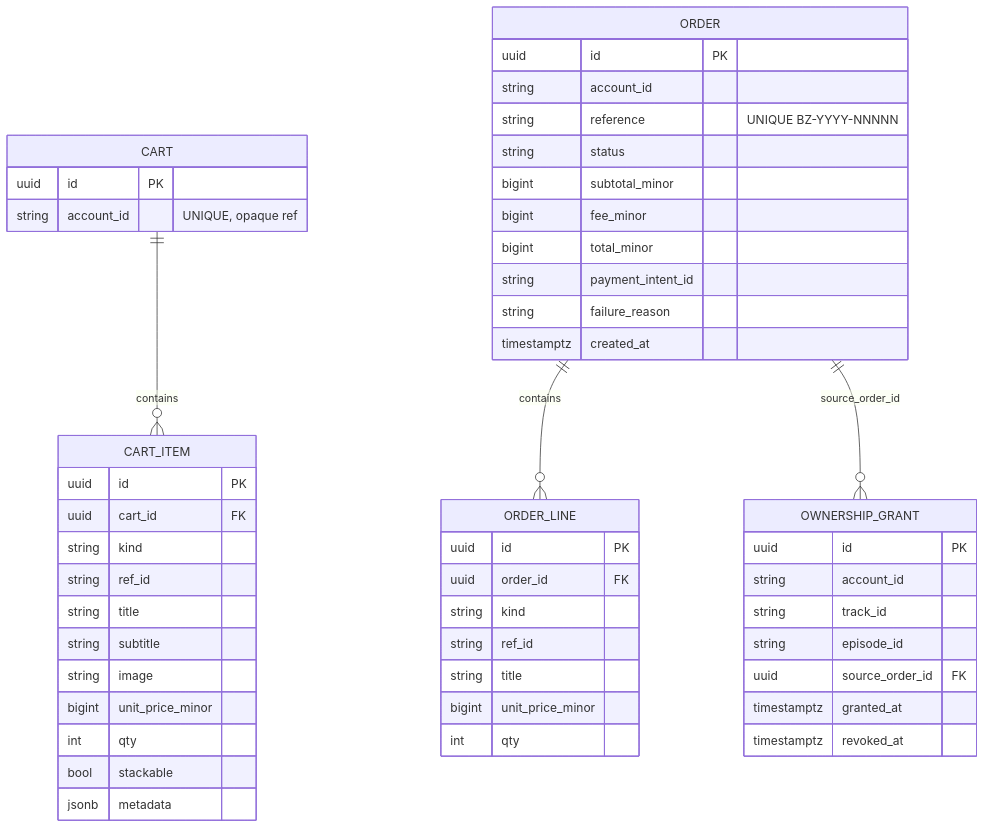
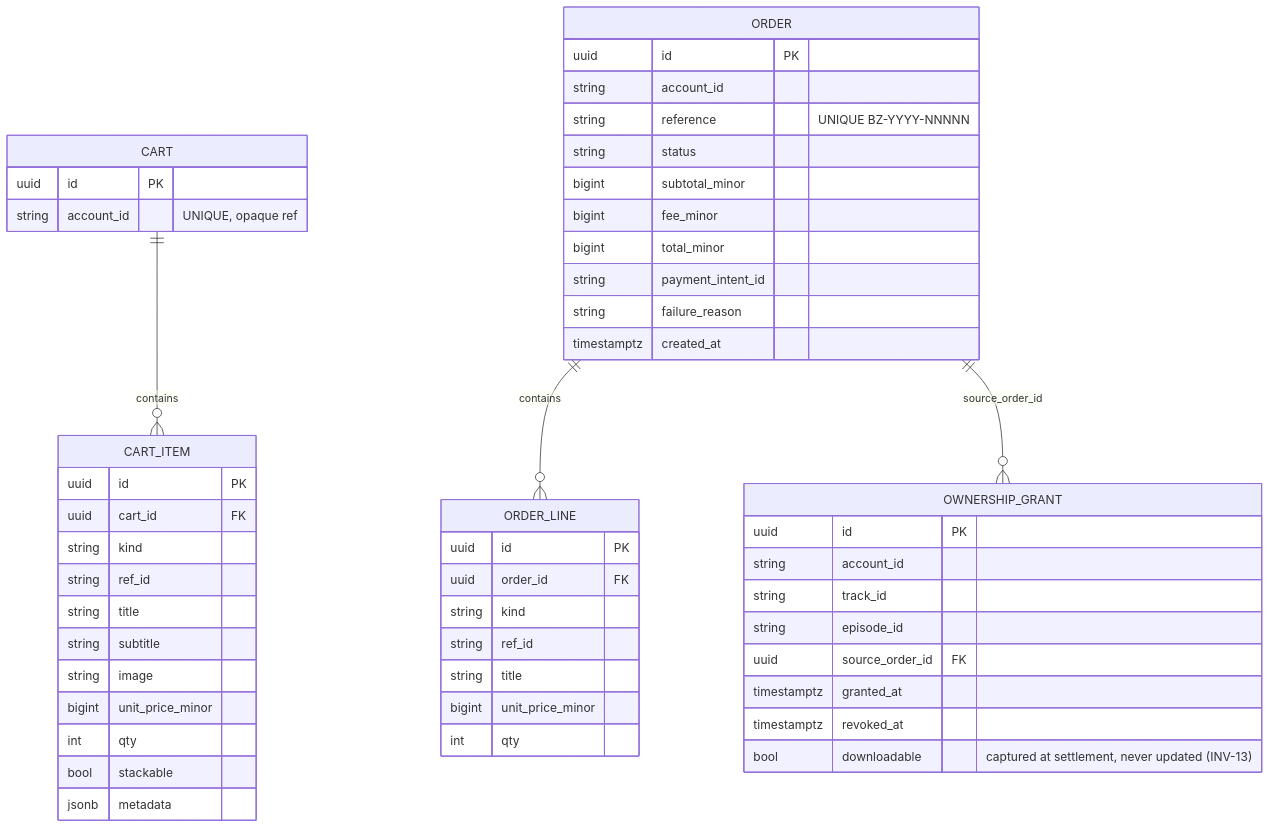
The second of 4 diagrams in backend/docs/architecture/commerce.md (Shakvilla/beatzmedia), drawn with Mermaid before and after one commit. The commit also changed other lines of this file and 129 other files, not shown here.

````diff
--- a/backend/docs/architecture/commerce.md
+++ b/backend/docs/architecture/commerce.md
@@ -87,53 +97,54 @@
 ```mermaid
 erDiagram
   CART ||--o{ CART_ITEM : contains
   ORDER ||--o{ ORDER_LINE : contains
   ORDER ||--o{ OWNERSHIP_GRANT : "source_order_id"
   CART {
     uuid id PK
     string account_id "UNIQUE, opaque ref"
   }
   CART_ITEM {
     uuid id PK
     uuid cart_id FK
     string kind
     string ref_id
     string title
     string subtitle
     string image
     bigint unit_price_minor
     int qty
     bool stackable
     jsonb metadata
   }
   ORDER {
     uuid id PK
     string account_id
     string reference "UNIQUE BZ-YYYY-NNNNN"
     string status
     bigint subtotal_minor
     bigint fee_minor
     bigint total_minor
     string payment_intent_id
     string failure_reason
     timestamptz created_at
   }
   ORDER_LINE {
     uuid id PK
     uuid order_id FK
     string kind
     string ref_id
     string title
     bigint unit_price_minor
     int qty
   }
   OWNERSHIP_GRANT {
     uuid id PK
     string account_id
     string track_id
     string episode_id
     uuid source_order_id FK
     timestamptz granted_at
     timestamptz revoked_at
+    bool downloadable "captured at settlement, never updated (INV-13)"
   }
 ```
````
